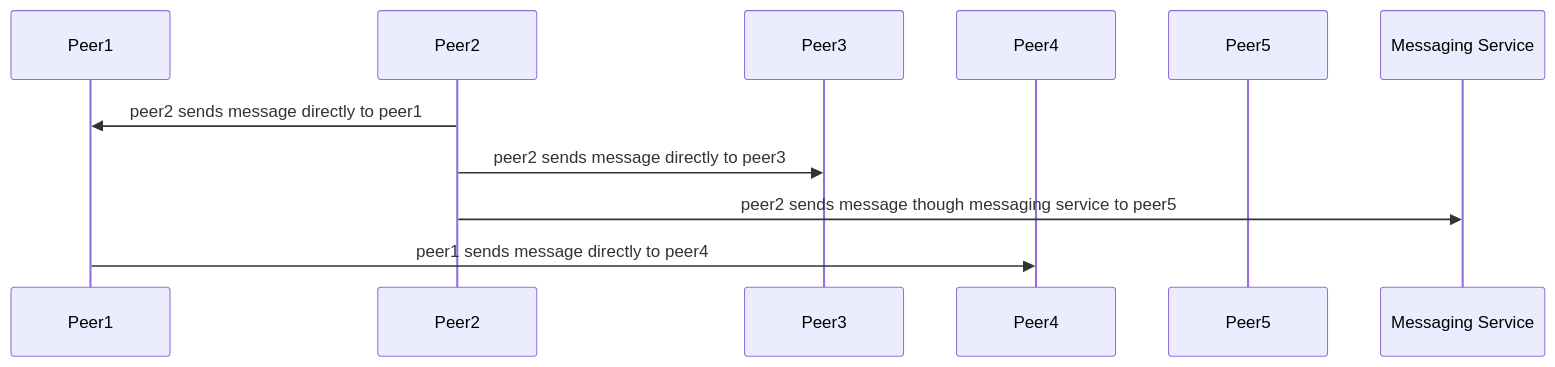
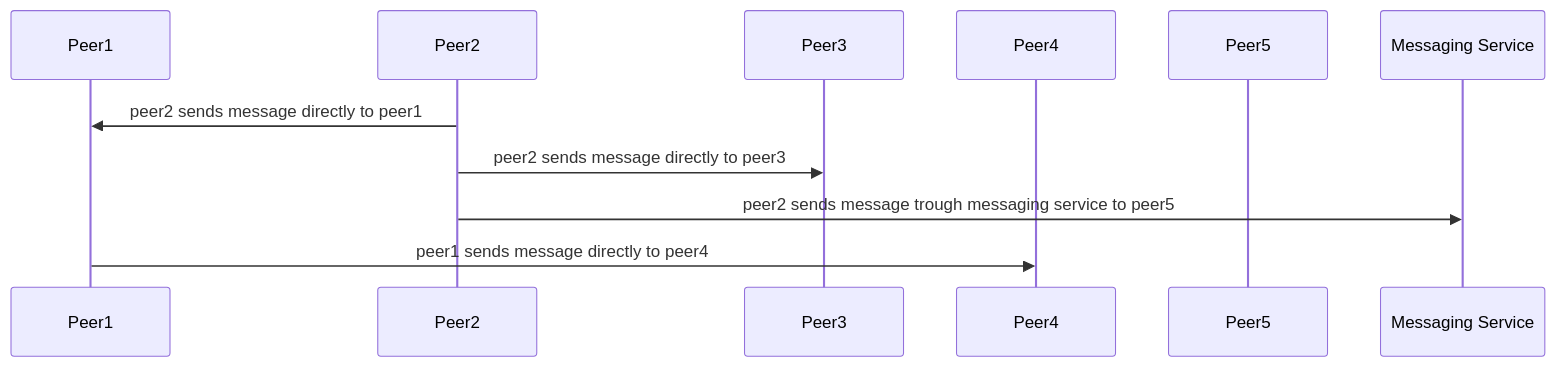
One commit to decentraland/adr changed the tenth of 11 diagrams in RFC/RFC-14-p2p-adapter.md. Above: the diagram before and after it, drawn with Mermaid. The commit also changed other lines of this file, not shown here.

````diff
--- a/RFC/RFC-14-p2p-adapter.md
+++ b/RFC/RFC-14-p2p-adapter.md
@@ -115,15 +161,15 @@
 ```mermaid
 sequenceDiagram
     participant Peer1
     participant Peer2
     participant Peer3
     participant Peer4
     participant Peer5
     participant MS as Messaging Service
 
     Peer2->>Peer1: peer2 sends message directly to peer1
     Peer2->>Peer3: peer2 sends message directly to peer3
-    Peer2->>MS: peer2 sends message though messaging service to peer5
+    Peer2->>MS: peer2 sends message trough messaging service to peer5
 
     Peer1->>Peer4: peer1 sends message directly to peer4
 ```
````
